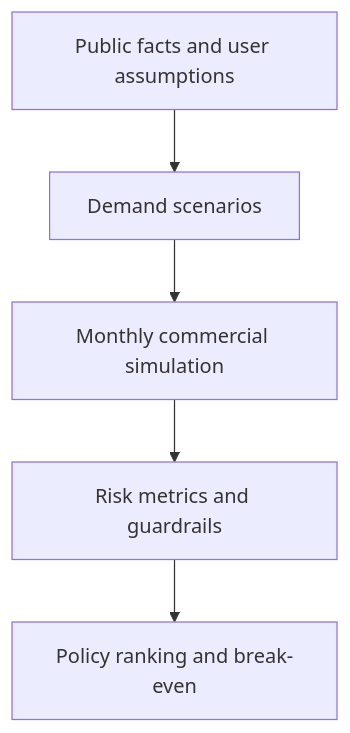
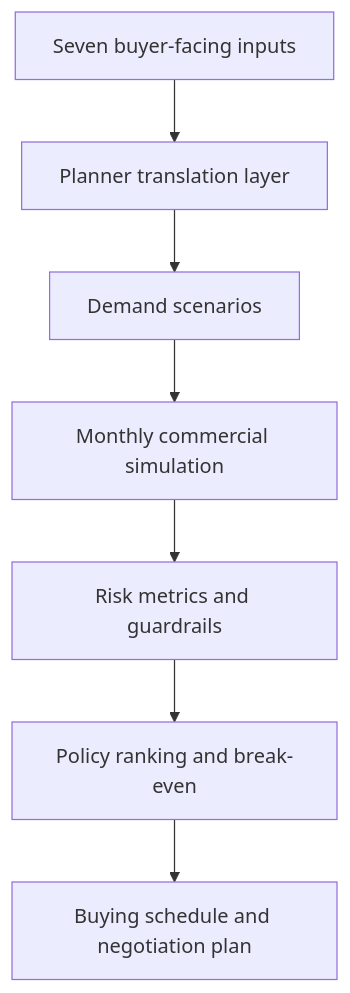
Before and after one commit to arunbalajiraju-proc/software-commitment-ramp-optimizer: the diagram in docs/architecture.md, drawn with Mermaid. The commit also changed other lines of this file and 19 other files, not shown here.

````diff
--- a/docs/architecture.md
+++ b/docs/architecture.md
@@ -9,7 +9,9 @@
 ```mermaid
 flowchart TD
-    A["Public facts and user assumptions"] --> B["Demand scenarios"]
-    B --> C["Monthly commercial simulation"]
-    C --> D["Risk metrics and guardrails"]
-    D --> E["Policy ranking and break-even"]
+    A["Seven buyer-facing inputs"] --> B["Planner translation layer"]
+    B --> C["Demand scenarios"]
+    C --> D["Monthly commercial simulation"]
+    D --> E["Risk metrics and guardrails"]
+    E --> F["Policy ranking and break-even"]
+    F --> G["Buying schedule and negotiation plan"]
 ```
````
